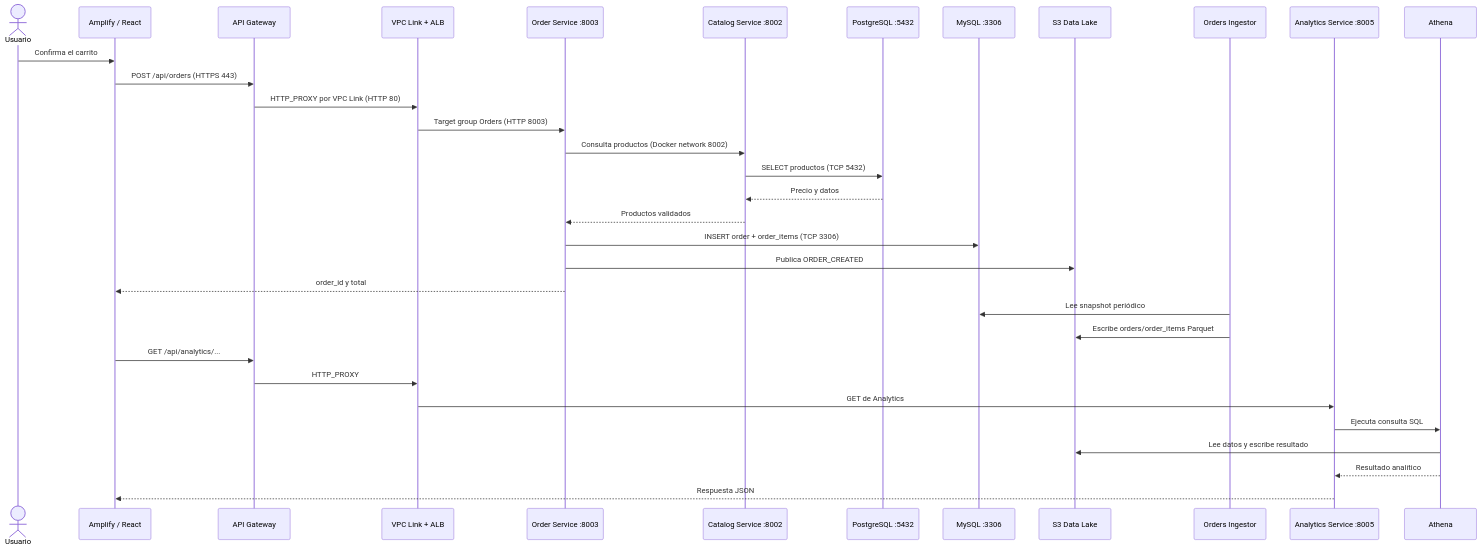
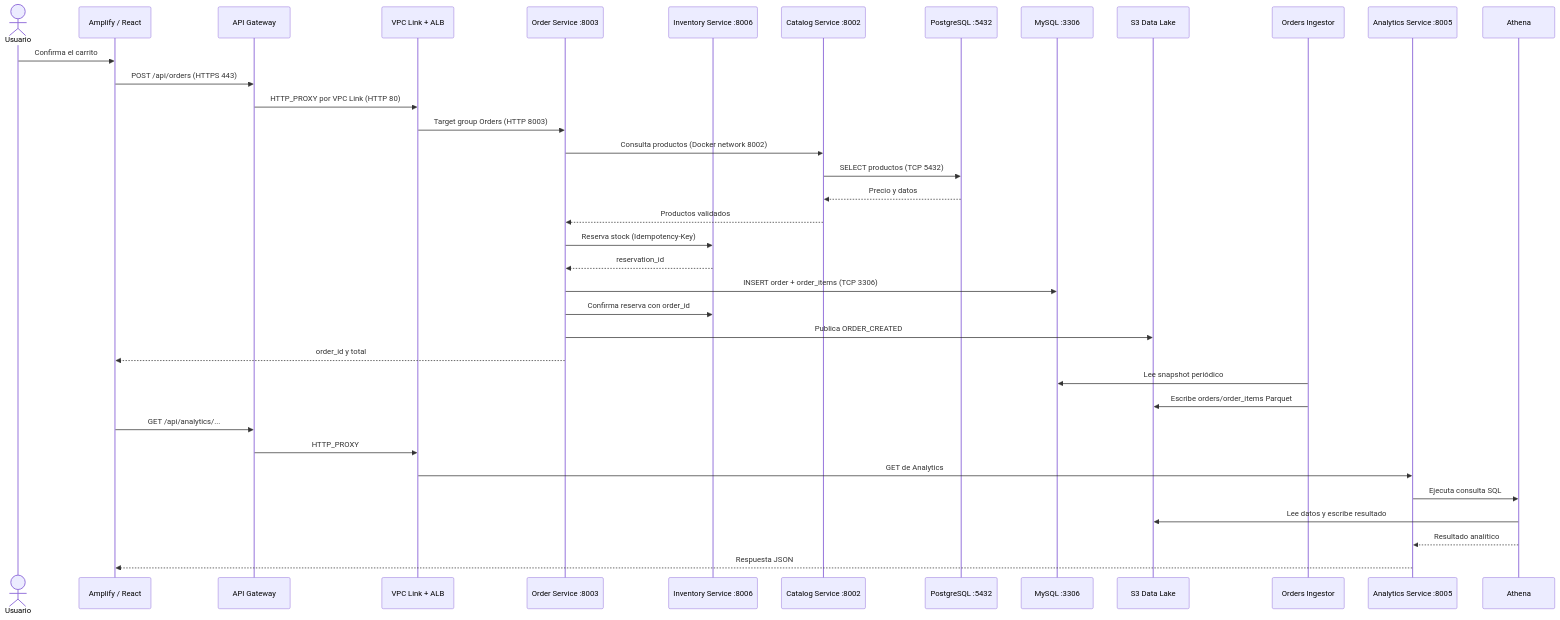
One commit to SebaU12/HardTechHub-v2 changed the fourth of 5 diagrams in docs/DIAGRAMA_ARQUITECTURA_AWS.md. Above: the diagram before and after it, drawn with Mermaid. The commit also changed other lines of this file and 11 other files, not shown here.

````diff
--- a/docs/DIAGRAMA_ARQUITECTURA_AWS.md
+++ b/docs/DIAGRAMA_ARQUITECTURA_AWS.md
@@ -232,36 +248,40 @@
 ```mermaid
 sequenceDiagram
     actor U as Usuario
     participant F as Amplify / React
     participant G as API Gateway
     participant L as VPC Link + ALB
     participant O as Order Service :8003
+    participant V as Inventory Service :8006
     participant C as Catalog Service :8002
     participant P as PostgreSQL :5432
     participant M as MySQL :3306
     participant S as S3 Data Lake
     participant I as Orders Ingestor
     participant AS as Analytics Service :8005
     participant A as Athena
 
     U->>F: Confirma el carrito
     F->>G: POST /api/orders (HTTPS 443)
     G->>L: HTTP_PROXY por VPC Link (HTTP 80)
     L->>O: Target group Orders (HTTP 8003)
     O->>C: Consulta productos (Docker network 8002)
     C->>P: SELECT productos (TCP 5432)
     P-->>C: Precio y datos
     C-->>O: Productos validados
+    O->>V: Reserva stock (Idempotency-Key)
+    V-->>O: reservation_id
     O->>M: INSERT order + order_items (TCP 3306)
+    O->>V: Confirma reserva con order_id
     O->>S: Publica ORDER_CREATED
     O-->>F: order_id y total
     I->>M: Lee snapshot periódico
     I->>S: Escribe orders/order_items Parquet
     F->>G: GET /api/analytics/...
     G->>L: HTTP_PROXY
     L->>AS: GET de Analytics
     AS->>A: Ejecuta consulta SQL
     A->>S: Lee datos y escribe resultado
     A-->>AS: Resultado analítico
     AS-->>F: Respuesta JSON
 ```
````
